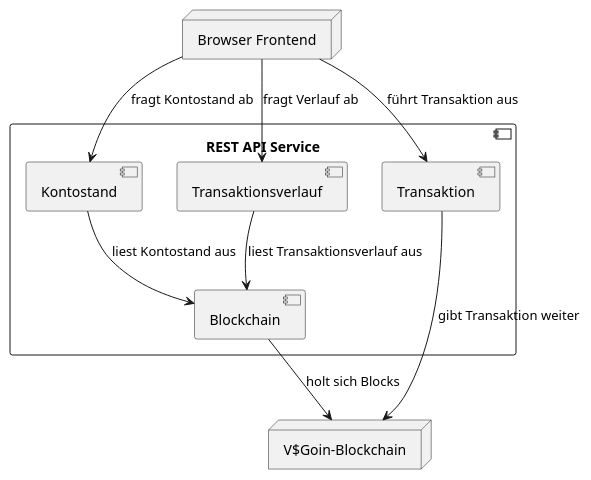
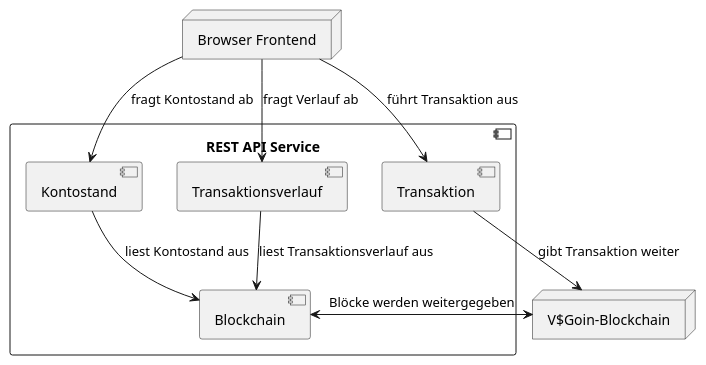
One commit to bjoern621/VSP-Blockchain changed the second of 2 diagrams in docs/arc42/arc42-Api/API.md. Above: the diagram before and after it, drawn with PlantUML.

Commit message:
#16: Abhängigkeit zwischen Blockchain Komponente und MinerNetwork angepasst

`````diff
--- a/docs/arc42/arc42-Api/API.md
+++ b/docs/arc42/arc42-Api/API.md
@@ -185,24 +185,25 @@
 ````plantuml
 @startuml
 node "Browser Frontend" as browser
 component "REST API Service" as api {
 component "Transaktion" as transaction
 component "Transaktionsverlauf" as verlauf
 component "Kontostand" as konto
 component "Blockchain" as blocks
 verlauf --> blocks: liest Transaktionsverlauf aus
 konto --> blocks: liest Kontostand aus
 }
 node "V$Goin-Blockchain" as blockChain
 
 
 'Browser zu Server
 browser -down-> transaction: führt Transaktion aus
 browser --> verlauf : fragt Verlauf ab
 browser --> konto : fragt Kontostand ab
 
 'Server zu Blockchain
 transaction -down--> blockChain: gibt Transaktion weiter
-blocks -> blockChain: holt sich Blocks
+blocks -> blockChain: Blöcke werden weitergegeben
+blockChain -> blocks
 @enduml
 ````
`````
